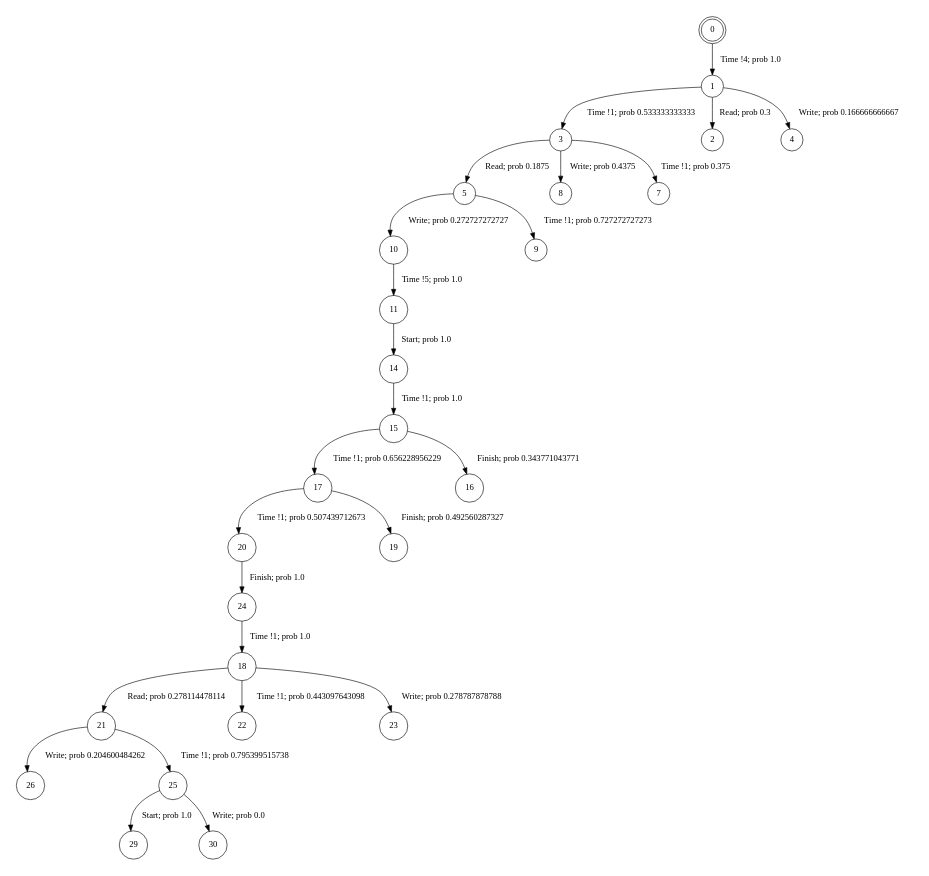
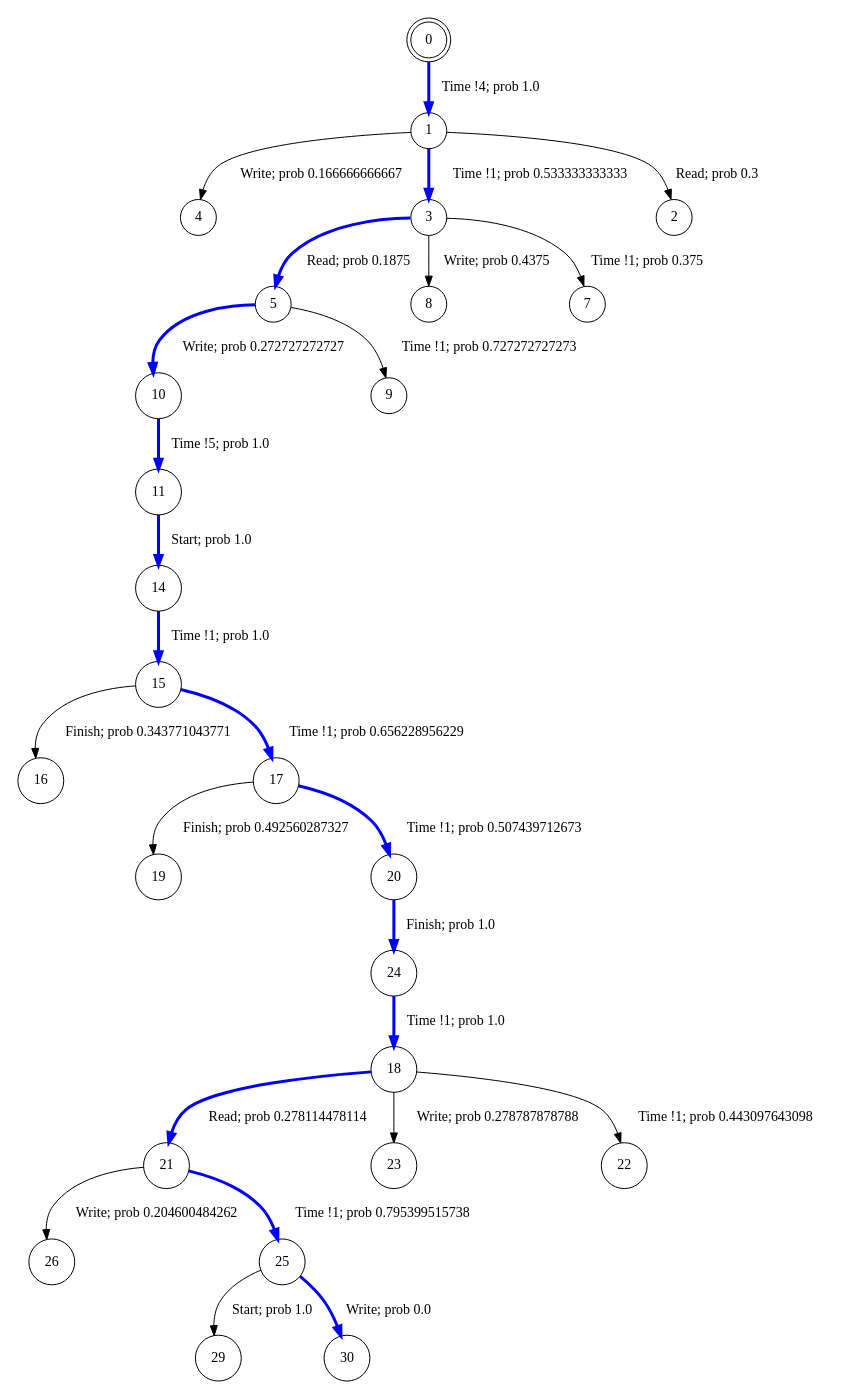
Before and after one commit to irmanfaqrizal/ptsv: the diagram in state-space-analysis/experiments/results/tpts-execution-2.dot, drawn with Graphviz. The commit also changed 25 other files, not shown here.

```diff
--- a/state-space-analysis/experiments/results/tpts-execution-2.dot
+++ b/state-space-analysis/experiments/results/tpts-execution-2.dot
@@ -1,31 +1,31 @@
 digraph BCG {
 size = "7, 10.5";
 center = TRUE;
 node [shape = circle];
 0 [peripheries = 2];
-0 -> 1  [label = "Time !4; prob 1.0"];
-1 -> 3  [label = "Time !1; prob 0.533333333333"];
+0 -> 1  [label = "Time !4; prob 1.0", color = "blue", penwidth=3];
+1 -> 4  [label = "Write; prob 0.166666666667"];
+1 -> 3  [label = "Time !1; prob 0.533333333333", color = "blue", penwidth=3];
 1 -> 2  [label = "Read; prob 0.3"];
-1 -> 4  [label = "Write; prob 0.166666666667"];
-3 -> 5  [label = "Read; prob 0.1875"];
+3 -> 5  [label = "Read; prob 0.1875", color = "blue", penwidth=3];
 3 -> 8  [label = "Write; prob 0.4375"];
 3 -> 7  [label = "Time !1; prob 0.375"];
-5 -> 10  [label = "Write; prob 0.272727272727"];
+5 -> 10  [label = "Write; prob 0.272727272727", color = "blue", penwidth=3];
 5 -> 9  [label = "Time !1; prob 0.727272727273"];
-10 -> 11  [label = "Time !5; prob 1.0"];
-11 -> 14  [label = "Start; prob 1.0"];
-14 -> 15  [label = "Time !1; prob 1.0"];
-15 -> 17  [label = "Time !1; prob 0.656228956229"];
+10 -> 11  [label = "Time !5; prob 1.0", color = "blue", penwidth=3];
+11 -> 14  [label = "Start; prob 1.0", color = "blue", penwidth=3];
+14 -> 15  [label = "Time !1; prob 1.0", color = "blue", penwidth=3];
 15 -> 16  [label = "Finish; prob 0.343771043771"];
-17 -> 20  [label = "Time !1; prob 0.507439712673"];
+15 -> 17  [label = "Time !1; prob 0.656228956229", color = "blue", penwidth=3];
 17 -> 19  [label = "Finish; prob 0.492560287327"];
-18 -> 21  [label = "Read; prob 0.278114478114"];
+17 -> 20  [label = "Time !1; prob 0.507439712673", color = "blue", penwidth=3];
+18 -> 21  [label = "Read; prob 0.278114478114", color = "blue", penwidth=3];
+18 -> 23  [label = "Write; prob 0.278787878788"];
 18 -> 22  [label = "Time !1; prob 0.443097643098"];
-18 -> 23  [label = "Write; prob 0.278787878788"];
-20 -> 24  [label = "Finish; prob 1.0"];
+20 -> 24  [label = "Finish; prob 1.0", color = "blue", penwidth=3];
 21 -> 26  [label = "Write; prob 0.204600484262"];
-21 -> 25  [label = "Time !1; prob 0.795399515738"];
-24 -> 18  [label = "Time !1; prob 1.0"];
+21 -> 25  [label = "Time !1; prob 0.795399515738", color = "blue", penwidth=3];
+24 -> 18  [label = "Time !1; prob 1.0", color = "blue", penwidth=3];
 25 -> 29  [label = "Start; prob 1.0"];
-25 -> 30  [label = "Write; prob 0.0"];
+25 -> 30  [label = "Write; prob 0.0", color = "blue", penwidth=3];
 }
```
